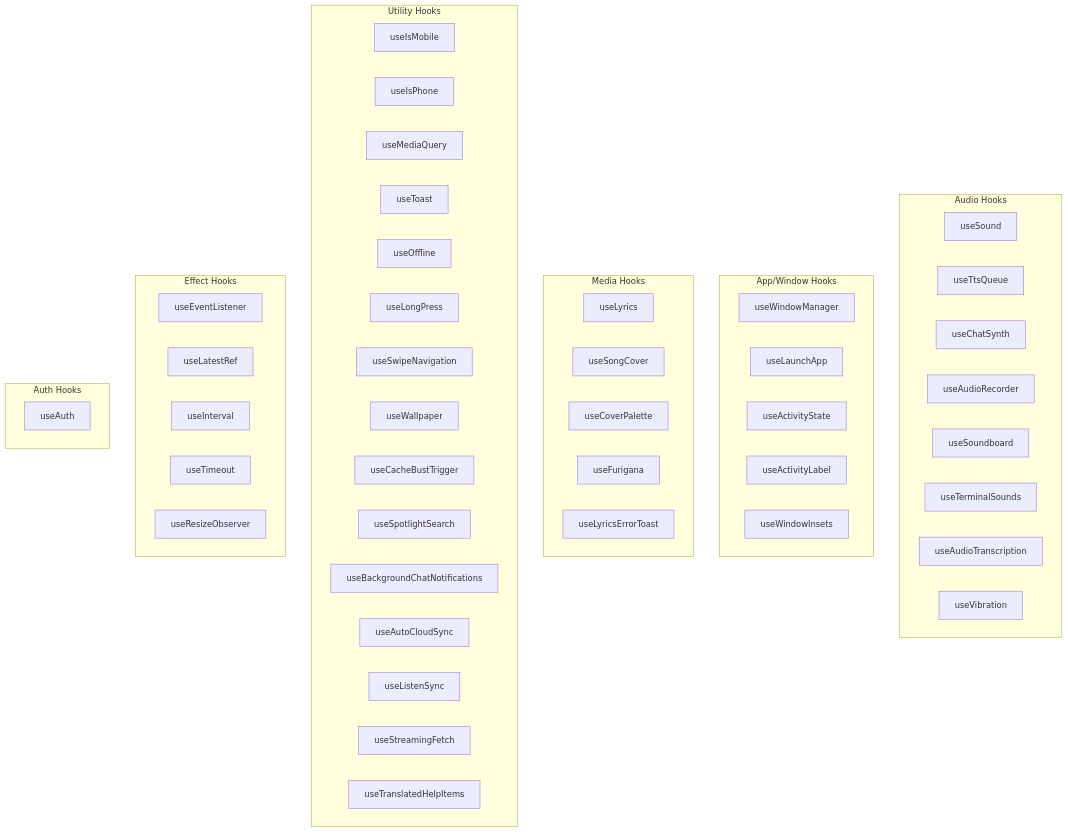
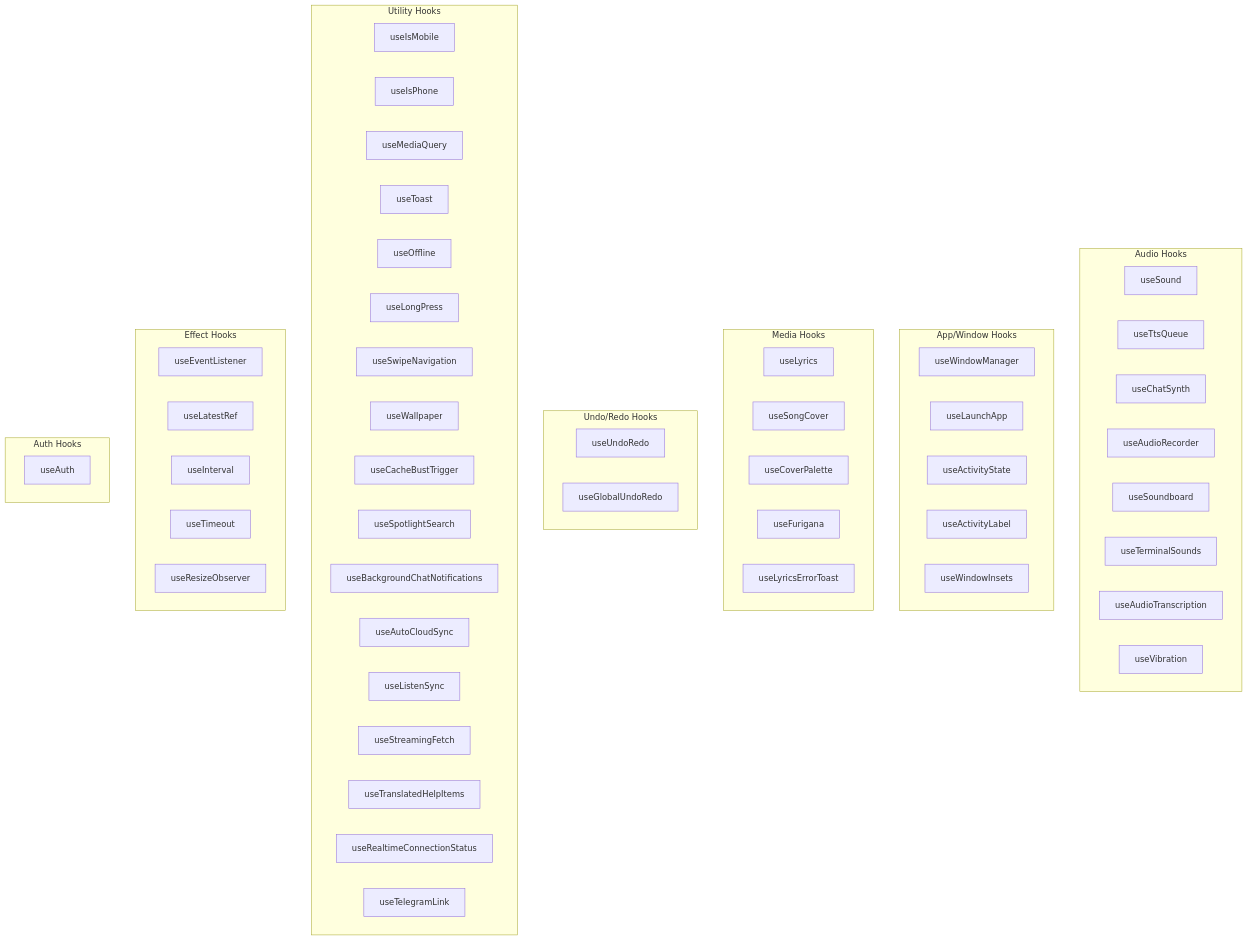
One commit to ryokun6/ryos changed the first of 2 diagrams in docs/3.4-hooks-architecture.md. Above: the diagram before and after it, drawn with Mermaid. The commit also changed other lines of this file and 5 other files, not shown here.

````diff
--- a/docs/3.4-hooks-architecture.md
+++ b/docs/3.4-hooks-architecture.md
@@ -7,59 +7,66 @@
 ```mermaid
 graph TB
     subgraph Audio["Audio Hooks"]
         US[useSound]
         UTT[useTtsQueue]
         UCS[useChatSynth]
         UAR[useAudioRecorder]
         USB[useSoundboard]
         UTS[useTerminalSounds]
         UAT[useAudioTranscription]
         UV[useVibration]
     end
     
     subgraph Window["App/Window Hooks"]
         UWM[useWindowManager]
         ULA[useLaunchApp]
         UAS[useActivityState]
         UAL[useActivityLabel]
         UWI[useWindowInsets]
     end
     
     subgraph Media["Media Hooks"]
         UL[useLyrics]
         USC[useSongCover]
         UCP[useCoverPalette]
         UF[useFurigana]
         ULE[useLyricsErrorToast]
     end
     
+    subgraph UndoRedo["Undo/Redo Hooks"]
+        UUR[useUndoRedo]
+        UGUR[useGlobalUndoRedo]
+    end
+    
     subgraph Utility["Utility Hooks"]
         UIM[useIsMobile]
         UIP[useIsPhone]
         UMQ[useMediaQuery]
         UT[useToast]
         UO[useOffline]
         ULP[useLongPress]
         USN[useSwipeNavigation]
         UW[useWallpaper]
         UCB[useCacheBustTrigger]
         USS[useSpotlightSearch]
         UBN[useBackgroundChatNotifications]
         UAC[useAutoCloudSync]
         ULS[useListenSync]
         USF[useStreamingFetch]
         UTH[useTranslatedHelpItems]
+        URCS[useRealtimeConnectionStatus]
+        UTL[useTelegramLink]
     end
     
     subgraph Effect["Effect Hooks"]
         UEL[useEventListener]
         ULR[useLatestRef]
         UIT[useInterval]
         UTO[useTimeout]
         URO[useResizeObserver]
     end
     
     subgraph Auth["Auth Hooks"]
         UA[useAuth]
     end
 ```
````
